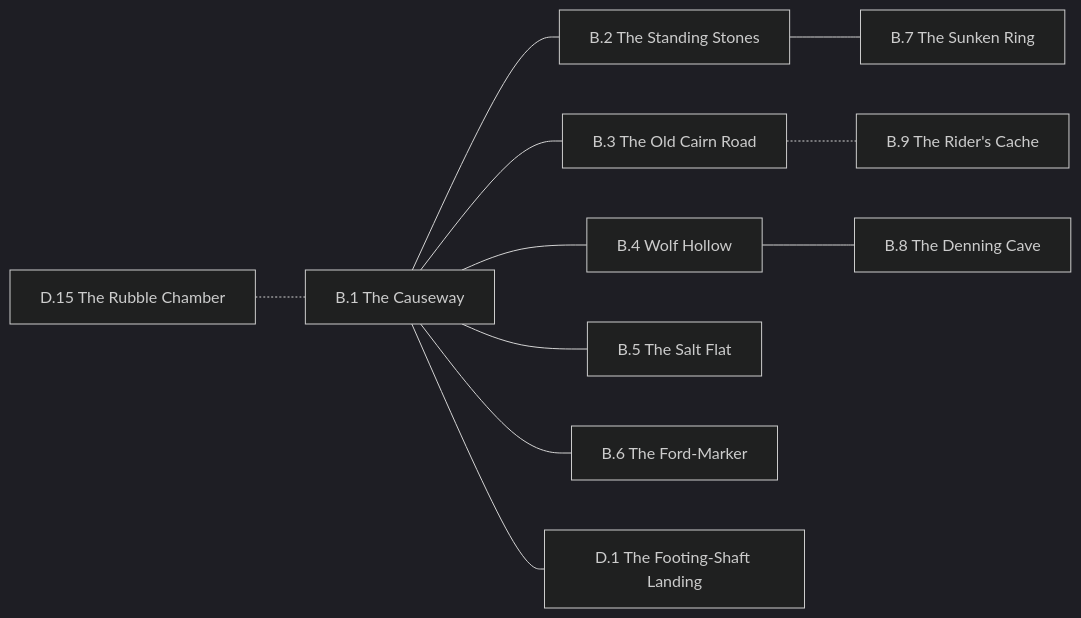
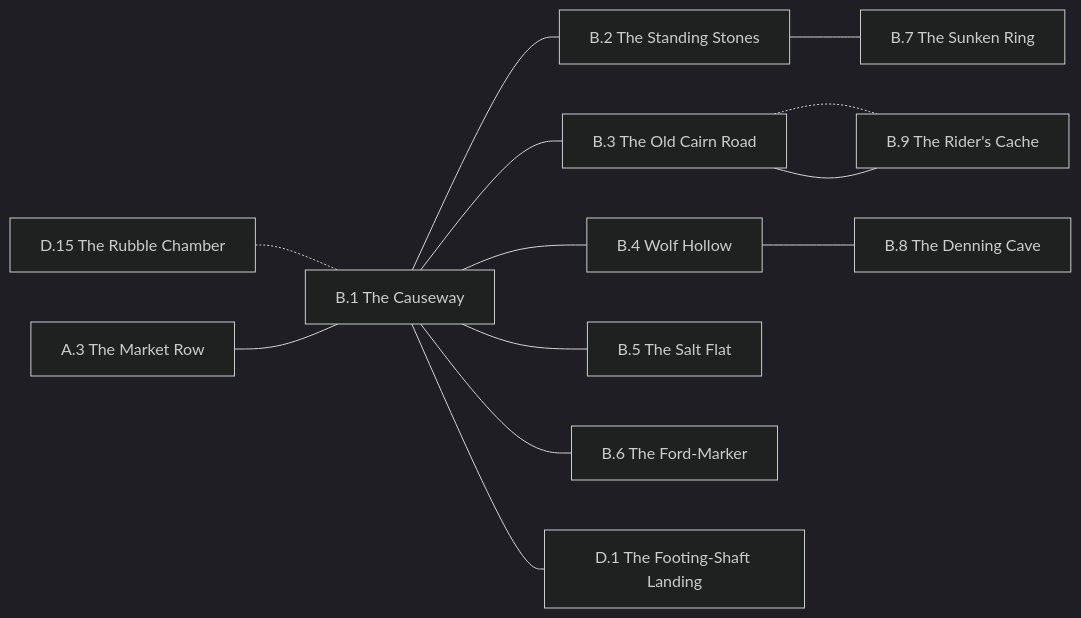
The diagram in setting/region/B/Connections.mmd (rstevenson1237/setting_builder), drawn with Mermaid (dark theme) before and after one commit. The commit also changed 13 other files, not shown here.

````diff
--- a/setting/region/B/Connections.mmd
+++ b/setting/region/B/Connections.mmd
@@ -1,13 +1,15 @@
 ```mermaid
 graph LR
     B1["B.1 The Causeway"] --- B2["B.2 The Standing Stones"]
     B1 --- B3["B.3 The Old Cairn Road"]
     B1 --- B4["B.4 Wolf Hollow"]
     B1 --- B5["B.5 The Salt Flat"]
     B1 --- B6["B.6 The Ford-Marker"]
     B2 --- B7["B.7 The Sunken Ring"]
     B4 --- B8["B.8 The Denning Cave"]
     B3 -.- B9["B.9 The Rider's Cache"]
+    B9 --- B3
     B1 --- D1["D.1 The Footing-Shaft Landing"]
     D15["D.15 The Rubble Chamber"] -.- B1
+    A3["A.3 The Market Row"] --- B1
 ```
````
